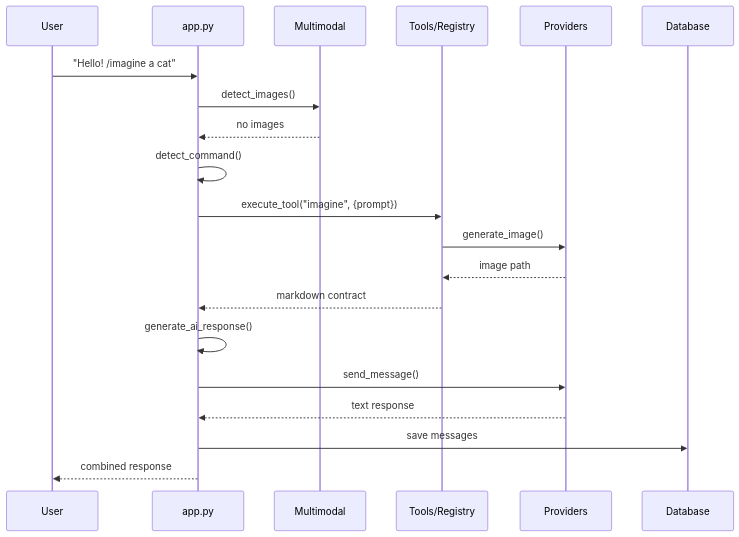
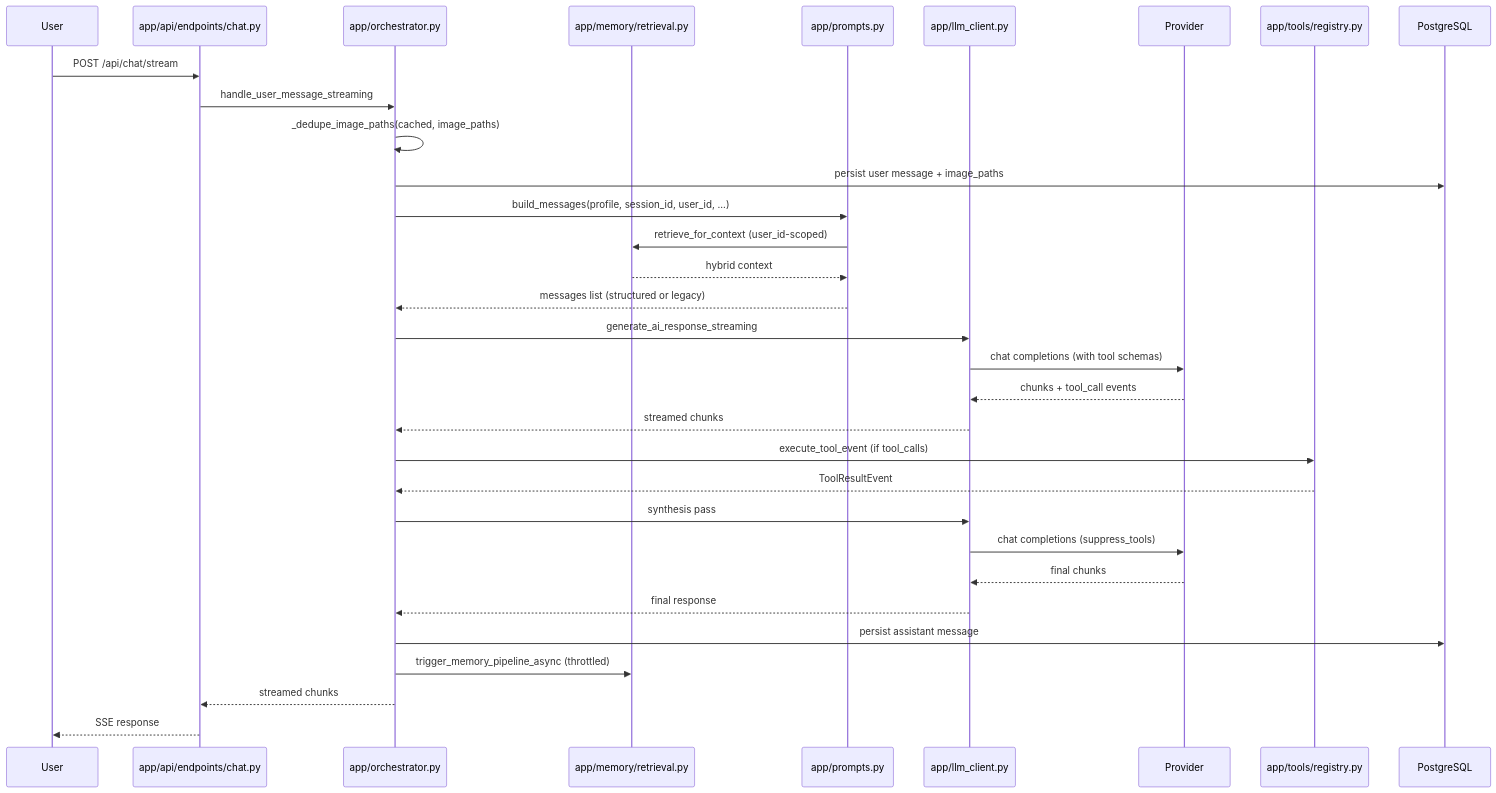
One commit to icedeyes12/yuzu-core changed the seventh of 7 diagrams in app/README.md. Above: the diagram before and after it, drawn with Mermaid. The commit also changed other lines of this file and 1 other file, not shown here.

Commit message:
docs: rewrite AGENTS.md and app/README.md from codebase audit

````diff
--- a/app/README.md
+++ b/app/README.md
@@ -724,23 +624,35 @@
 ```mermaid
 sequenceDiagram
     participant U as User
-    participant A as app.py
-    participant M as Multimodal
-    participant T as Tools/Registry
-    participant P as Providers
-    participant D as Database
+    participant API as app/api/endpoints/chat.py
+    participant O as app/orchestrator.py
+    participant M as app/memory/retrieval.py
+    participant P as app/prompts.py
+    participant L as app/llm_client.py
+    participant PV as Provider
+    participant T as app/tools/registry.py
+    participant DB as PostgreSQL
 
-    U->>A: "Hello! /imagine a cat"
-    A->>M: detect_images()
-    M-->>A: no images
-    A->>A: detect_command()
-    A->>T: execute_tool("imagine", {prompt})
-    T->>P: generate_image()
-    P-->>T: image path
-    T-->>A: markdown contract
-    A->>A: generate_ai_response()
-    A->>P: send_message()
-    P-->>A: text response
-    A->>D: save messages
-    A-->>U: combined response
+    U->>API: POST /api/chat/stream
+    API->>O: handle_user_message_streaming
+    O->>O: _dedupe_image_paths(cached, image_paths)
+    O->>DB: persist user message + image_paths
+    O->>P: build_messages(profile, session_id, user_id, ...)
+    P->>M: retrieve_for_context (user_id-scoped)
+    M-->>P: hybrid context
+    P-->>O: messages list (structured or legacy)
+    O->>L: generate_ai_response_streaming
+    L->>PV: chat completions (with tool schemas)
+    PV-->>L: chunks + tool_call events
+    L-->>O: streamed chunks
+    O->>T: execute_tool_event (if tool_calls)
+    T-->>O: ToolResultEvent
+    O->>L: synthesis pass
+    L->>PV: chat completions (suppress_tools)
+    PV-->>L: final chunks
+    L-->>O: final response
+    O->>DB: persist assistant message
+    O->>M: trigger_memory_pipeline_async (throttled)
+    O-->>API: streamed chunks
+    API-->>U: SSE response
 ```
````
